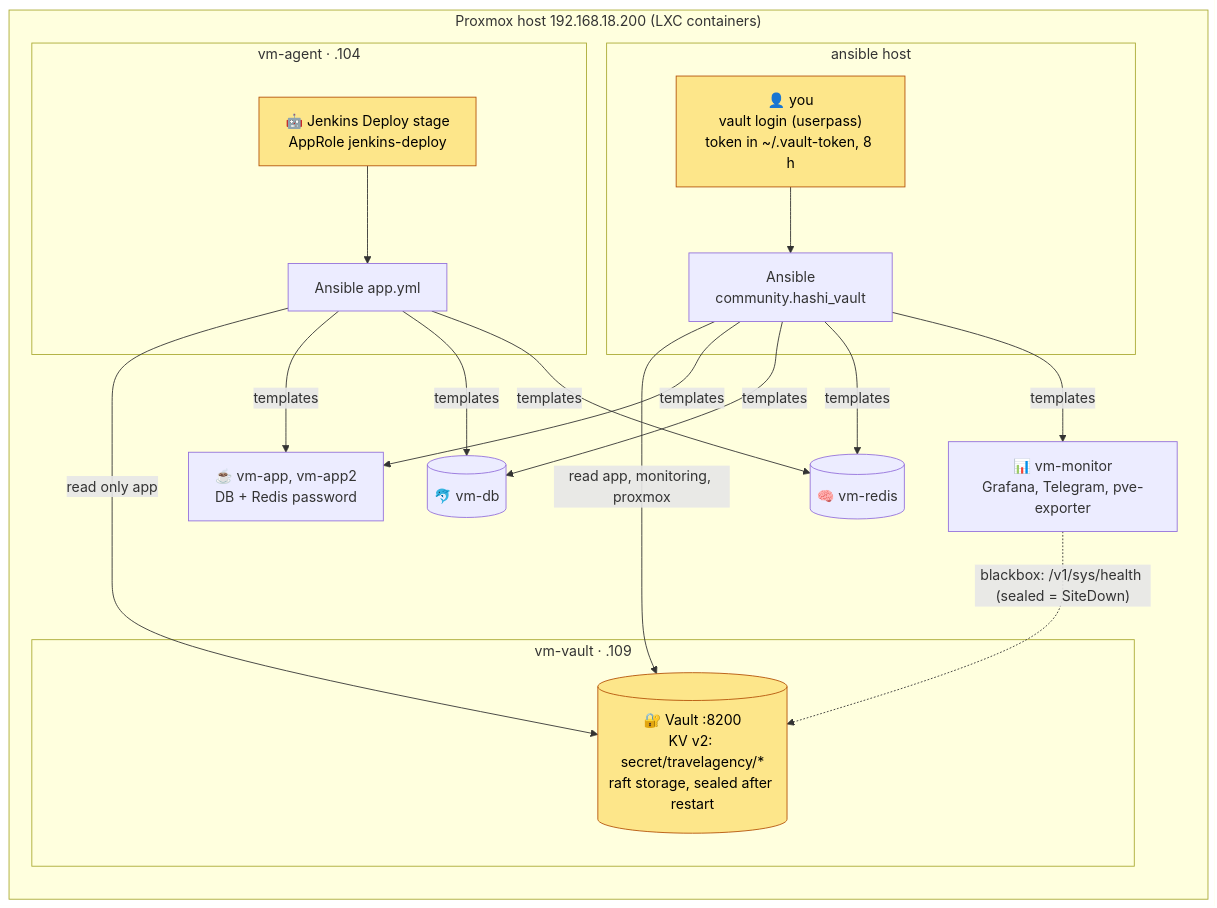
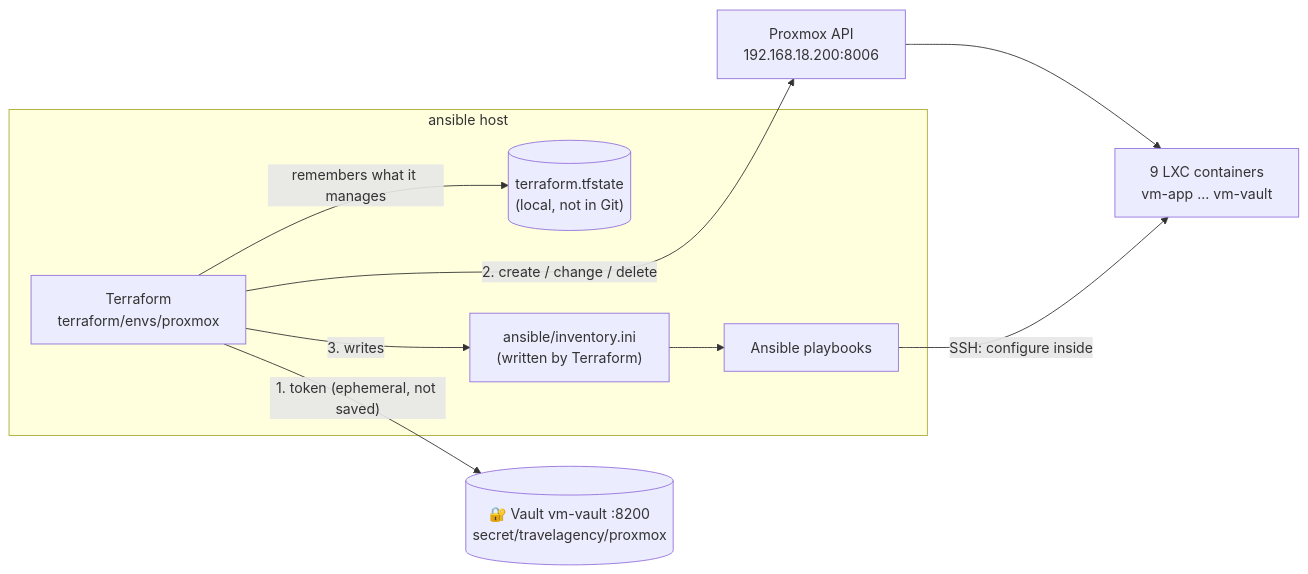
Before and after one commit to nazariybu/travelagency: the diagram in README.md, drawn with Mermaid. The commit also changed other lines of this file and 19 other files, not shown here.

First line of the commit message:
feat(terraform): add Proxmox environment setup with LXC containers

````diff
--- a/README.md
+++ b/README.md
@@ -11,34 +13,17 @@
 ```mermaid
 flowchart LR
-  subgraph px["Proxmox host 192.168.18.200 (LXC containers)"]
-    subgraph v["vm-vault · .109"]
-      vault[("🔐 Vault :8200<br/>KV v2: secret/travelagency/*<br/>raft storage, sealed after restart")]
-    end
+  subgraph ah["ansible host"]
+    tf["Terraform<br/>terraform/envs/proxmox"]
+    st[("terraform.tfstate<br/>(local, not in Git)")]
+    inv["ansible/inventory.ini<br/>(written by Terraform)"]
+    an["Ansible playbooks"]
+  end
+  vault[("🔐 Vault vm-vault :8200<br/>secret/travelagency/proxmox")]
+  px["Proxmox API<br/>192.168.18.200:8006"]
+  lxc["9 LXC containers<br/>vm-app ... vm-vault"]
 
-    subgraph ah["ansible host"]
-      me["👤 you<br/>vault login (userpass)<br/>token in ~/.vault-token, 8 h"]
-      an1["Ansible<br/>community.hashi_vault"]
-    end
-
-    subgraph ag["vm-agent · .104"]
-      jk["🤖 Jenkins Deploy stage<br/>AppRole jenkins-deploy"]
-      an2["Ansible app.yml"]
-    end
-
-    app["☕ vm-app, vm-app2<br/>DB + Redis password"]
-    db[("🐬 vm-db")]
-    rd[("🧠 vm-redis")]
-    mon["📊 vm-monitor<br/>Grafana, Telegram, pve-exporter"]
-  end
-
-  me --> an1
-  an1 -- "read app, monitoring, proxmox" --> vault
-  jk --> an2
-  an2 -- "read only app" --> vault
-  an1 & an2 -- "templates" --> app & db & rd
-  an1 -- "templates" --> mon
-  mon -. "blackbox: /v1/sys/health (sealed = SiteDown)" .-> vault
-
-  classDef sec fill:#fde68a,stroke:#b45309,color:#000
-  class vault,me,jk sec
+  tf -- "1. token (ephemeral, not saved)" --> vault
+  tf -- "2. create / change / delete" --> px --> lxc
+  tf -- "remembers what it manages" --> st
+  tf -- "3. writes" --> inv --> an -- "SSH: configure inside" --> lxc
 ```
````
